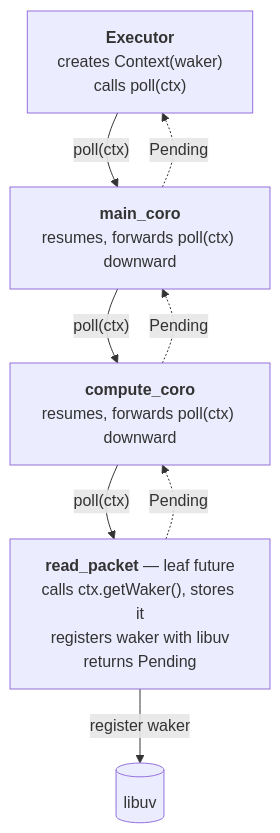
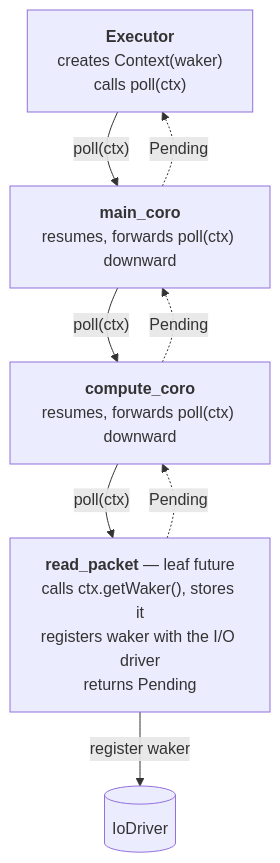
Before and after one commit to bts164/coro: the first of 4 diagrams in doc/design/waker_and_context_propagation.md, drawn with Mermaid. The commit also changed other lines of this file and 21 other files, not shown here.

First line of the commit message:
docs: Describe the IoDriver instead of libuv

````diff
--- a/doc/design/waker_and_context_propagation.md
+++ b/doc/design/waker_and_context_propagation.md
@@ -46,17 +46,17 @@
 ```mermaid
 flowchart TD
     E["<b>Executor</b><br/>creates Context(waker)<br/>calls poll(ctx)"]
     C1["<b>main_coro</b><br/>resumes, forwards poll(ctx) downward"]
     C2["<b>compute_coro</b><br/>resumes, forwards poll(ctx) downward"]
-    IO["<b>read_packet</b> — leaf future<br/>calls ctx.getWaker(), stores it<br/>registers waker with libuv<br/>returns Pending"]
-    UV[("libuv")]
+    IO["<b>read_packet</b> — leaf future<br/>calls ctx.getWaker(), stores it<br/>registers waker with the I/O driver<br/>returns Pending"]
+    UV[("IoDriver")]
 
     E -->|"poll(ctx)"| C1
     C1 -->|"poll(ctx)"| C2
     C2 -->|"poll(ctx)"| IO
     IO -->|register waker| UV
 
     IO -.->|Pending| C2
     C2 -.->|Pending| C1
     C1 -.->|Pending| E
 ```
````
